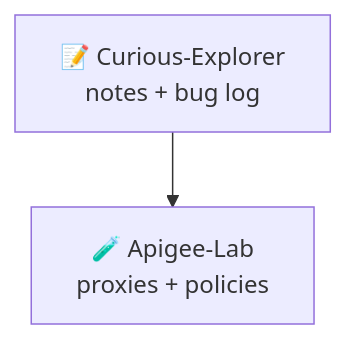
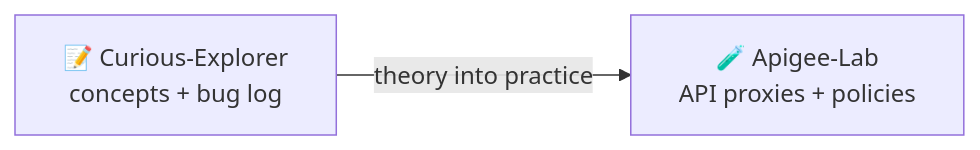
The diagram in README.md (SunnyJayaRaju/Curious-Explorer), drawn with Mermaid before and after one commit. The commit also changed other lines of this file, not shown here.

Commit message:
Polish headings, badges and collapsed diagram

````diff
--- a/README.md
+++ b/README.md
@@ -125,4 +136,5 @@
 ```mermaid
-flowchart TD
-  A["📝 Curious-Explorer<br/>notes + bug log"] --> B["🧪 Apigee-Lab<br/>proxies + policies"]
+%%{init: {"flowchart": {"nodeSpacing": 40, "rankSpacing": 50, "padding": 16}}}%%
+flowchart LR
+  A["📝 Curious-Explorer<br/>concepts + bug log"] -->|"theory into practice"| B["🧪 Apigee-Lab<br/>API proxies + policies"]
 ```
````
